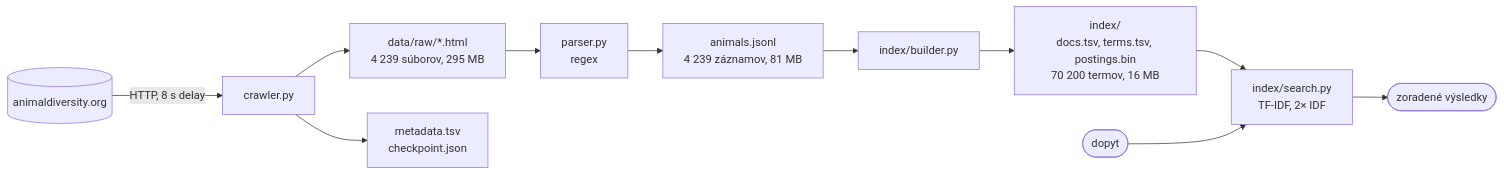
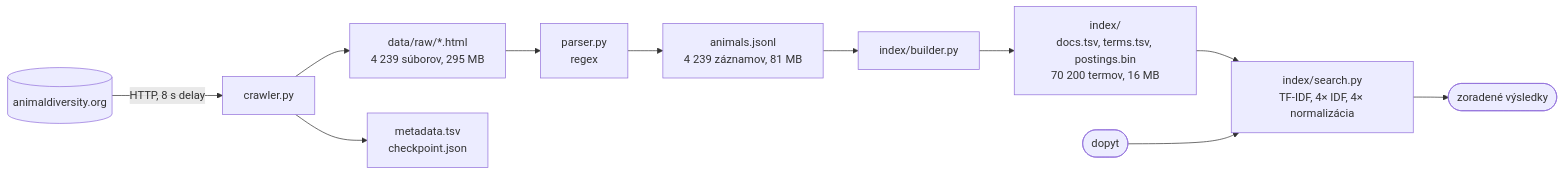
Before and after one commit to JozefZiduliak/vinf: the diagram in wiki_odovzdanie1.md, drawn with Mermaid. The commit also changed other lines of this file and 2 other files, not shown here.

Commit message:
readme and report: all search flags, trim index section

````diff
--- a/wiki_odovzdanie1.md
+++ b/wiki_odovzdanie1.md
@@ -13,12 +13,12 @@
 ```mermaid
 flowchart LR
     ADW[(animaldiversity.org)] -->|HTTP, 8 s delay| C[crawler.py]
     C --> RAW[data/raw/*.html<br/>4 239 súborov, 295 MB]
     C --> META[metadata.tsv<br/>checkpoint.json]
     RAW --> P[parser.py<br/>regex]
     P --> JSONL[animals.jsonl<br/>4 239 záznamov, 81 MB]
     JSONL --> B[index/builder.py]
     B --> IDX[index/<br/>docs.tsv, terms.tsv, postings.bin<br/>70 200 termov, 16 MB]
-    IDX --> S[index/search.py<br/>TF-IDF, 2× IDF]
+    IDX --> S[index/search.py<br/>TF-IDF, 4× IDF, 4× normalizácia]
     Q([dopyt]) --> S --> R([zoradené výsledky])
 ```
````
